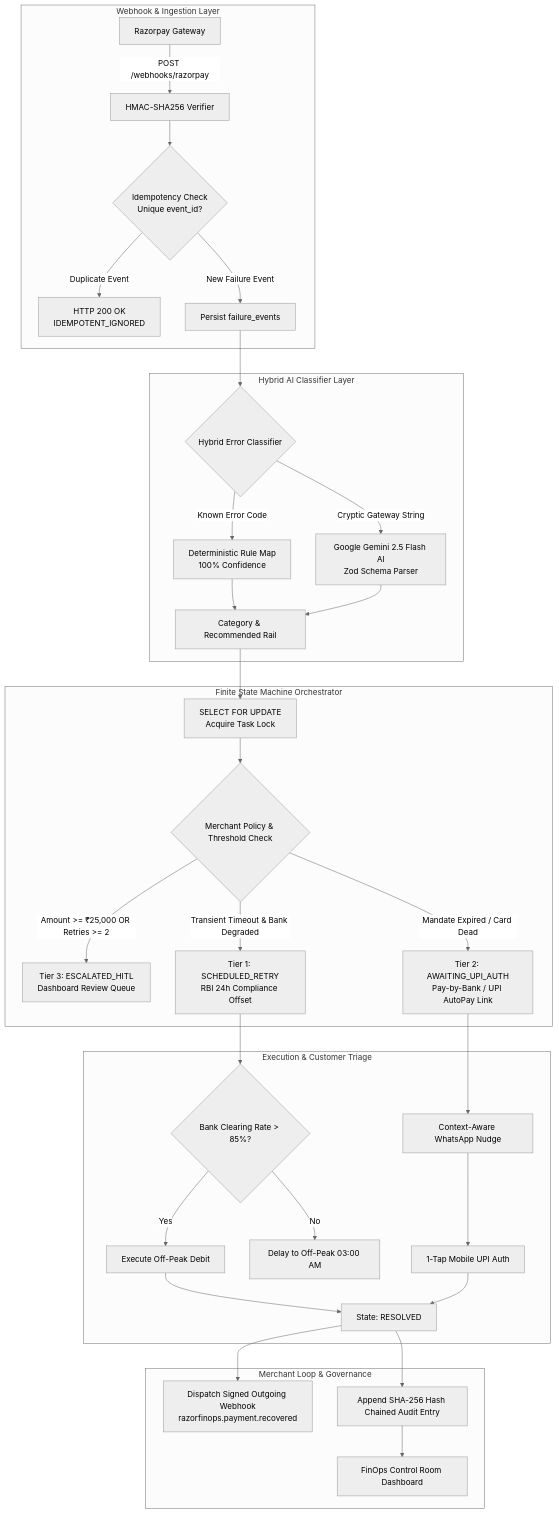
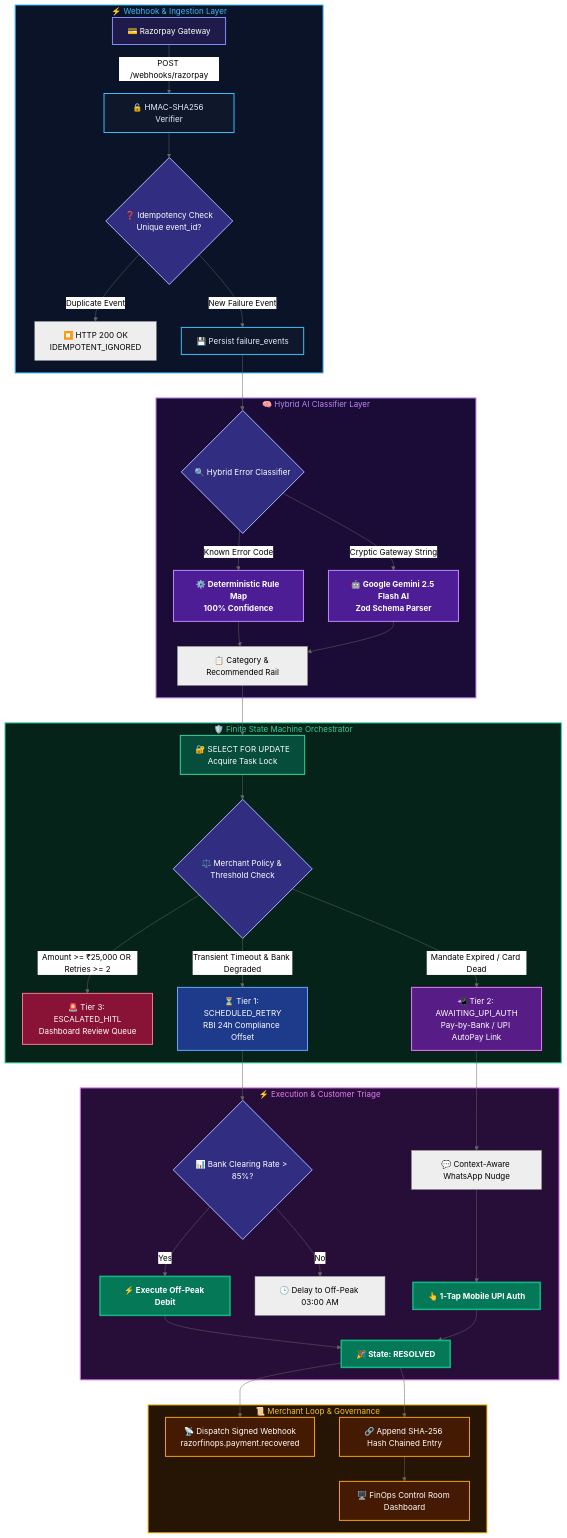
The diagram in README.md (vijaysaini2613/FinTech_feat), drawn with Mermaid (neutral theme) before and after one commit. The commit also changed 3 other files, not shown here.

Commit message:
chore: update system architecture flowchart and add test case scenarios to database documentation

````diff
--- a/README.md
+++ b/README.md
@@ -27,44 +27,73 @@
 ```mermaid
 flowchart TD
-    subgraph Webhook & Ingestion Layer
-        Razorpay[Razorpay Gateway] -->|POST /webhooks/razorpay| HMACVerif[HMAC-SHA256 Verifier]
-        HMACVerif --> IdempotencyGuard{Idempotency Check<br/>Unique event_id?}
-        IdempotencyGuard -- "Duplicate Event" --> Ignore[HTTP 200 OK<br/>IDEMPOTENT_IGNORED]
-        IdempotencyGuard -- "New Failure Event" --> IngestDB[Persist failure_events]
+    subgraph SubIngest ["⚡ Webhook & Ingestion Layer"]
+        Razorpay["💳 Razorpay Gateway"] -->|POST /webhooks/razorpay| HMACVerif["🔒 HMAC-SHA256 Verifier"]
+        HMACVerif --> IdempotencyGuard{"❓ Idempotency Check<br/>Unique event_id?"}
+        IdempotencyGuard -- "Duplicate Event" --> Ignore["⏹️ HTTP 200 OK<br/>IDEMPOTENT_IGNORED"]
+        IdempotencyGuard -- "New Failure Event" --> IngestDB["💾 Persist failure_events"]
     end
 
-    subgraph Hybrid AI Classifier Layer
-        IngestDB --> Classifier{Hybrid Error Classifier}
-        Classifier -- "Known Error Code" --> RuleEngine[Deterministic Rule Map<br/>100% Confidence]
-        Classifier -- "Cryptic Gateway String" --> GeminiAI[Google Gemini 2.5 Flash AI<br/>Zod Schema Parser]
-        RuleEngine --> ClassificationResult[Category & Recommended Rail]
+    subgraph SubClassifier ["🧠 Hybrid AI Classifier Layer"]
+        IngestDB --> Classifier{"🔍 Hybrid Error Classifier"}
+        Classifier -- "Known Error Code" --> RuleEngine["⚙️ Deterministic Rule Map<br/>100% Confidence"]
+        Classifier -- "Cryptic Gateway String" --> GeminiAI["🤖 Google Gemini 2.5 Flash AI<br/>Zod Schema Parser"]
+        RuleEngine --> ClassificationResult["📋 Category & Recommended Rail"]
         GeminiAI --> ClassificationResult
     end
 
-    subgraph Finite State Machine Orchestrator
-        ClassificationResult --> RowLock["SELECT FOR UPDATE<br/>Acquire Task Lock"]
-        RowLock --> PolicyEngine{Merchant Policy & Threshold Check}
+    subgraph SubFSM ["🛡️ Finite State Machine Orchestrator"]
+        ClassificationResult --> RowLock["🔐 SELECT FOR UPDATE<br/>Acquire Task Lock"]
+        RowLock --> PolicyEngine{"⚖️ Merchant Policy & Threshold Check"}
         
-        PolicyEngine -- "Amount >= ₹25,000 OR Retries >= 2" --> Tier3[Tier 3: ESCALATED_HITL<br/>Dashboard Review Queue]
-        PolicyEngine -- "Transient Timeout & Bank Degraded" --> Tier1[Tier 1: SCHEDULED_RETRY<br/>RBI 24h Compliance Offset]
-        PolicyEngine -- "Mandate Expired / Card Dead" --> Tier2[Tier 2: AWAITING_UPI_AUTH<br/>Pay-by-Bank / UPI AutoPay Link]
+        PolicyEngine -- "Amount >= ₹25,000 OR Retries >= 2" --> Tier3["🚨 Tier 3: ESCALATED_HITL<br/>Dashboard Review Queue"]
+        PolicyEngine -- "Transient Timeout & Bank Degraded" --> Tier1["⏳ Tier 1: SCHEDULED_RETRY<br/>RBI 24h Compliance Offset"]
+        PolicyEngine -- "Mandate Expired / Card Dead" --> Tier2["📲 Tier 2: AWAITING_UPI_AUTH<br/>Pay-by-Bank / UPI AutoPay Link"]
     end
 
-    subgraph Execution & Customer Triage
-        Tier1 --> TelemetryCheck{Bank Clearing Rate > 85%?}
-        TelemetryCheck -- "Yes" --> BackgroundDebit[Execute Off-Peak Debit]
-        TelemetryCheck -- "No" --> WaitWindow[Delay to Off-Peak 03:00 AM]
+    subgraph SubExec ["⚡ Execution & Customer Triage"]
+        Tier1 --> TelemetryCheck{"📊 Bank Clearing Rate > 85%?"}
+        TelemetryCheck -- "Yes" --> BackgroundDebit["⚡ Execute Off-Peak Debit"]
+        TelemetryCheck -- "No" --> WaitWindow["🕒 Delay to Off-Peak 03:00 AM"]
         
-        Tier2 --> WhatsAppNudge[Context-Aware WhatsApp Nudge]
-        WhatsAppNudge --> CustomerClick[1-Tap Mobile UPI Auth]
+        Tier2 --> WhatsAppNudge["💬 Context-Aware WhatsApp Nudge"]
+        WhatsAppNudge --> CustomerClick["👆 1-Tap Mobile UPI Auth"]
         
-        BackgroundDebit --> ResolvedState[State: RESOLVED]
+        BackgroundDebit --> ResolvedState["🎉 State: RESOLVED"]
         CustomerClick --> ResolvedState
     end
 
-    subgraph Merchant Loop & Governance
-        ResolvedState --> WebhookDispatcher[Dispatch Signed Outgoing Webhook<br/>razorfinops.payment.recovered]
-        ResolvedState --> AuditLedger[Append SHA-256 Hash Chained Audit Entry]
-        AuditLedger --> ControlRoom[FinOps Control Room Dashboard]
+    subgraph SubGov ["📜 Merchant Loop & Governance"]
+        ResolvedState --> WebhookDispatcher["📡 Dispatch Signed Webhook<br/>razorfinops.payment.recovered"]
+        ResolvedState --> AuditLedger["🔗 Append SHA-256 Hash Chained Entry"]
+        AuditLedger --> ControlRoom["🖥️ FinOps Control Room Dashboard"]
     end
+
+    %% Custom Cyberpunk Neon Styling
+    classDef gateway fill:#1e1b4b,stroke:#818cf8,stroke-width:2px,color:#fff
+    classDef verifier fill:#0f172a,stroke:#38bdf8,stroke-width:2px,color:#e0f2fe
+    classDef decision fill:#312e81,stroke:#a5b4fc,stroke-width:2px,color:#fff
+    classDef ai fill:#4c1d95,stroke:#c084fc,stroke-width:2px,color:#fff,font-weight:bold
+    classDef lock fill:#064e3b,stroke:#34d399,stroke-width:2px,color:#fff
+    classDef tier1 fill:#1e3a8a,stroke:#60a5fa,stroke-width:2px,color:#fff
+    classDef tier2 fill:#581c87,stroke:#e879f9,stroke-width:2px,color:#fff
+    classDef tier3 fill:#881337,stroke:#fb7185,stroke-width:2px,color:#fff
+    classDef resolved fill:#047857,stroke:#10b981,stroke-width:3px,color:#fff,font-weight:bold
+    classDef audit fill:#451a03,stroke:#f59e0b,stroke-width:2px,color:#fff
+
+    class Razorpay gateway
+    class HMACVerif,IngestDB verifier
+    class IdempotencyGuard,Classifier,PolicyEngine,TelemetryCheck decision
+    class GeminiAI,RuleEngine ai
+    class RowLock lock
+    class Tier1 tier1
+    class Tier2 tier2
+    class Tier3 tier3
+    class ResolvedState,BackgroundDebit,CustomerClick resolved
+    class AuditLedger,WebhookDispatcher,ControlRoom audit
+
+    style SubIngest fill:#0b1329,stroke:#38bdf8,stroke-width:2px,color:#38bdf8
+    style SubClassifier fill:#1a0c36,stroke:#c084fc,stroke-width:2px,color:#c084fc
+    style SubFSM fill:#06231a,stroke:#34d399,stroke-width:2px,color:#34d399
+    style SubExec fill:#270e38,stroke:#e879f9,stroke-width:2px,color:#e879f9
+    style SubGov fill:#261505,stroke:#fbbf24,stroke-width:2px,color:#fbbf24
 ```
````
